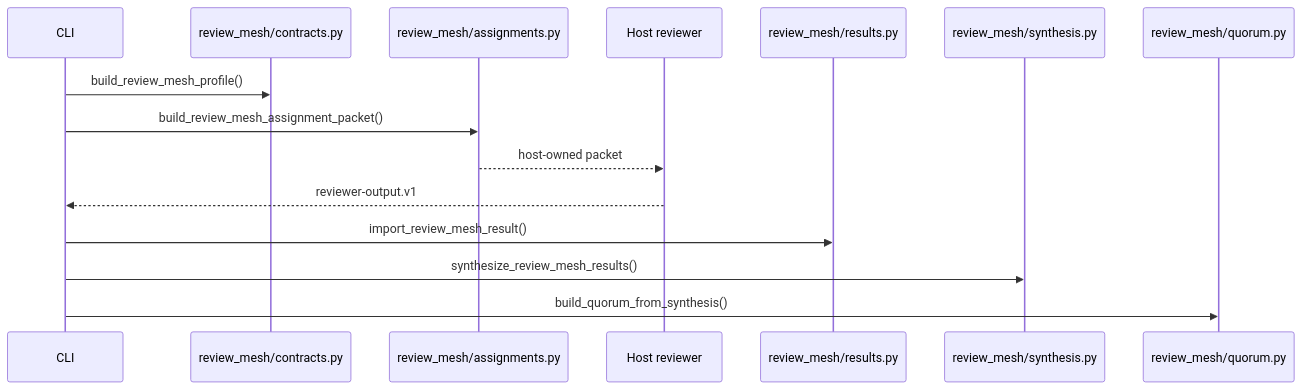
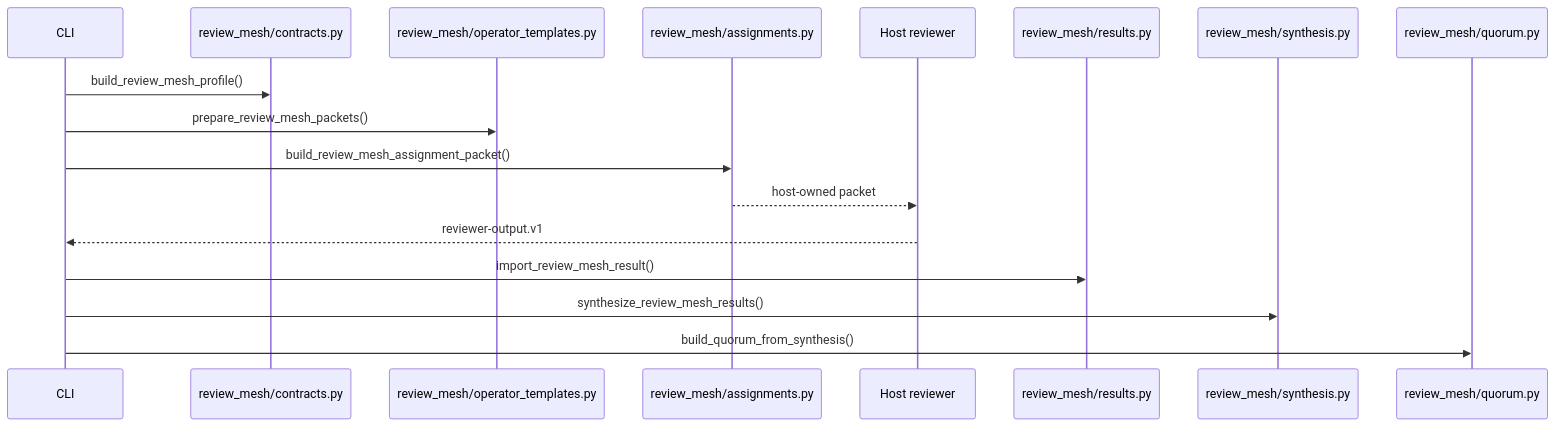
The tenth of 12 diagrams in docs/architecture/system-architecture.md (avksp/agent-lifecycle-kit), drawn with Mermaid before and after one commit. The commit also changed other lines of this file and 4 other files, not shown here.

Commit message:
docs: update architecture and comparison docs

````diff
--- a/docs/architecture/system-architecture.md
+++ b/docs/architecture/system-architecture.md
@@ -328,18 +348,20 @@
 ```mermaid
 sequenceDiagram
   participant CLI
   participant Profile as review_mesh/contracts.py
+  participant Templates as review_mesh/operator_templates.py
   participant Assign as review_mesh/assignments.py
   participant Host as Host reviewer
   participant Import as review_mesh/results.py
   participant Synth as review_mesh/synthesis.py
   participant Quorum as review_mesh/quorum.py
 
   CLI->>Profile: build_review_mesh_profile()
+  CLI->>Templates: prepare_review_mesh_packets()
   CLI->>Assign: build_review_mesh_assignment_packet()
   Assign-->>Host: host-owned packet
   Host-->>CLI: reviewer-output.v1
   CLI->>Import: import_review_mesh_result()
   CLI->>Synth: synthesize_review_mesh_results()
   CLI->>Quorum: build_quorum_from_synthesis()
 ```
````
